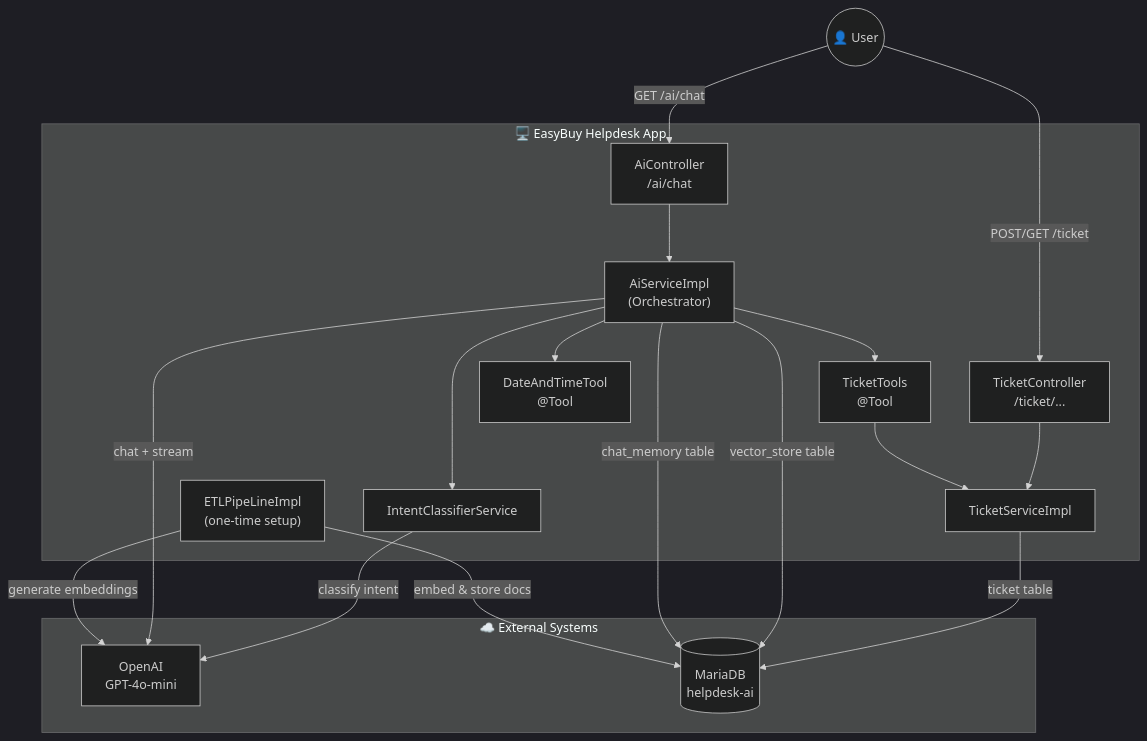
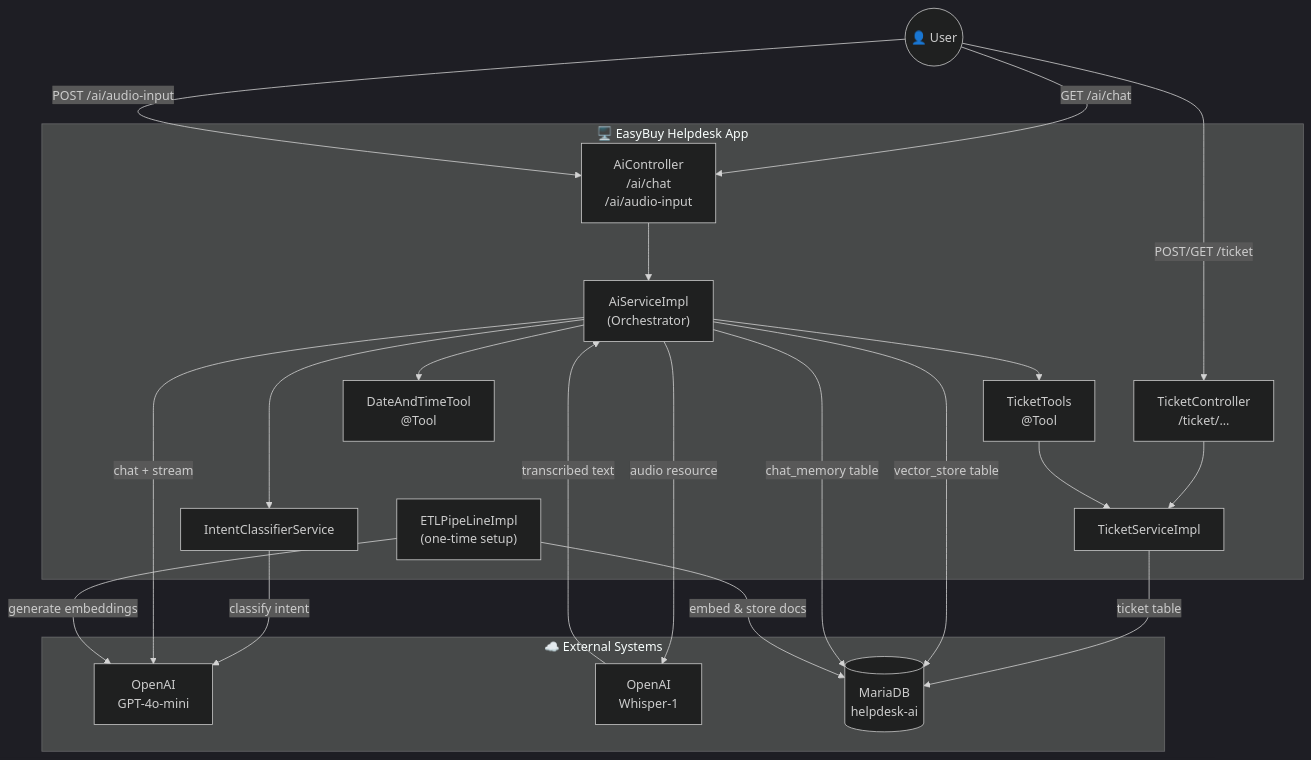
One commit to Canzova/helpdesk changed the first of 15 diagrams in ARCHITECTURE.md. Above: the diagram before and after it, drawn with Mermaid (dark theme). The commit also changed other lines of this file and 12 other files, not shown here.

````diff
--- a/ARCHITECTURE.md
+++ b/ARCHITECTURE.md
@@ -9,36 +9,40 @@
 ```mermaid
 graph TD
     User(("👤 User"))
 
     subgraph App["🖥️ EasyBuy Helpdesk App"]
-        AC["AiController\n/ai/chat"]
+        AC["AiController\n/ai/chat\n/ai/audio-input"]
         TC["TicketController\n/ticket/..."]
         AI["AiServiceImpl\n(Orchestrator)"]
         IC["IntentClassifierService"]
         TS["TicketServiceImpl"]
         ETL["ETLPipeLineImpl\n(one-time setup)"]
         TT["TicketTools\n@Tool"]
         DT["DateAndTimeTool\n@Tool"]
     end
 
     subgraph External["☁️ External Systems"]
         OAI["OpenAI\nGPT-4o-mini"]
+        WSP["OpenAI\nWhisper-1"]
         DB[("MariaDB\nhelpdesk-ai")]
     end
 
     User -->|"GET /ai/chat"| AC
+    User -->|"POST /ai/audio-input"| AC
     User -->|"POST/GET /ticket"| TC
     AC --> AI
+    AI -->|"audio resource"| WSP
+    WSP -->|"transcribed text"| AI
     AI --> IC
     AI --> TT
     AI --> DT
     IC -->|"classify intent"| OAI
     AI -->|"chat + stream"| OAI
     TC --> TS
     TT --> TS
     TS -->|"ticket table"| DB
     AI -->|"vector_store table"| DB
     AI -->|"chat_memory table"| DB
     ETL -->|"embed & store docs"| DB
     ETL -->|"generate embeddings"| OAI
 ```
````
